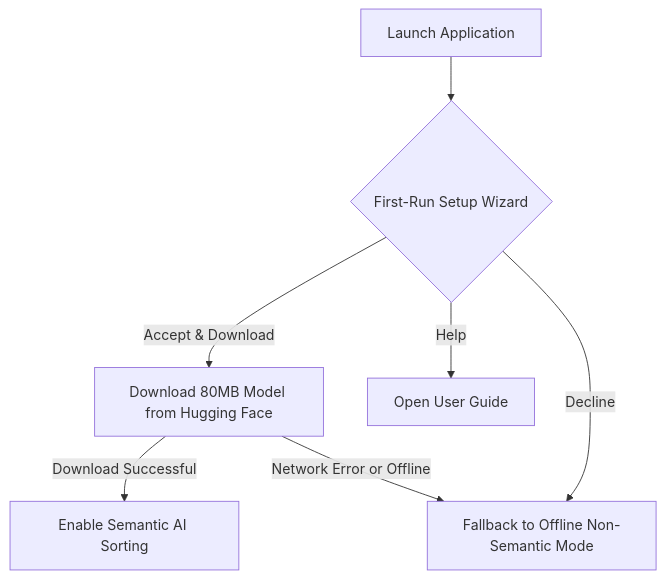
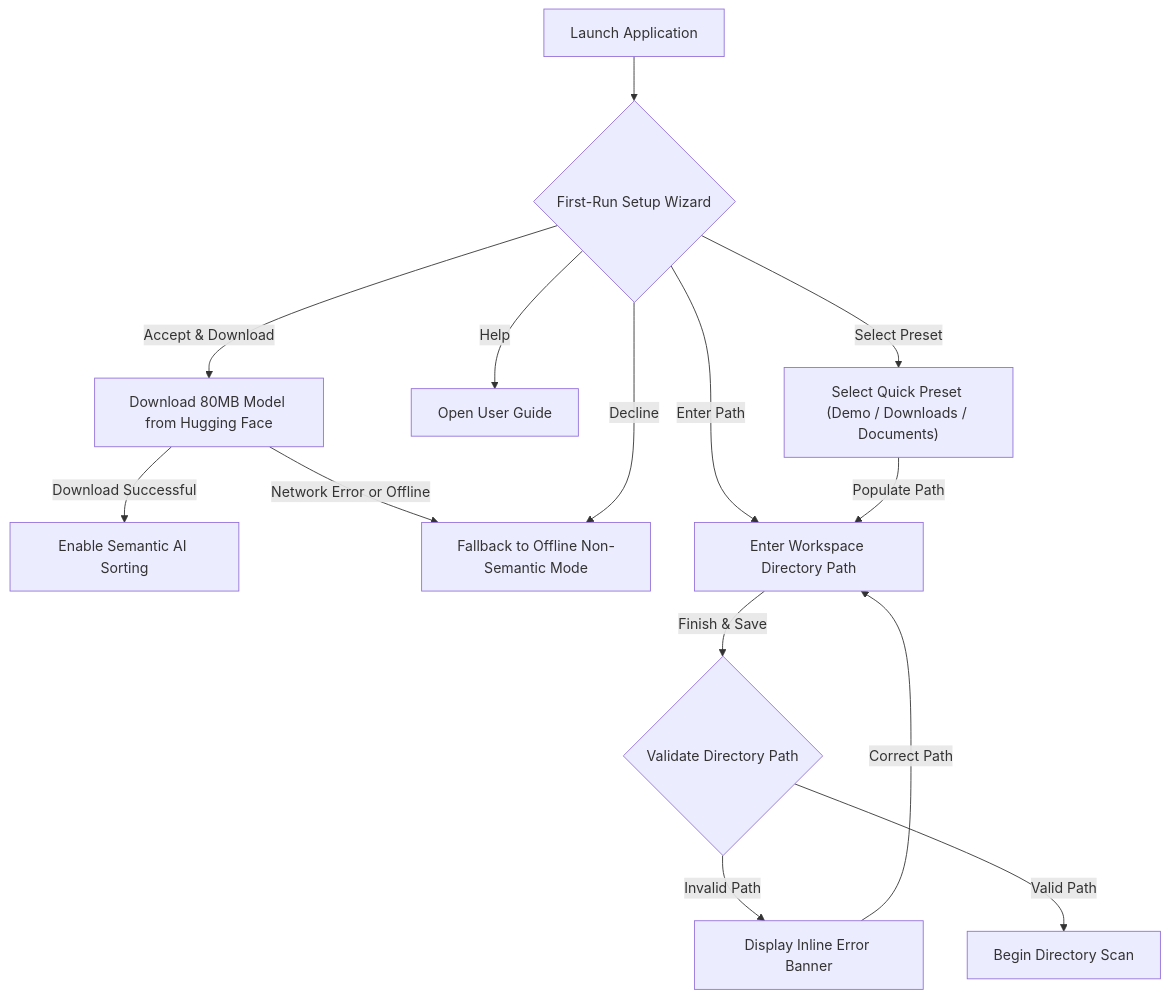
The diagram in docs/assets/diagrams/user_guide_setup_wizard.mmd (fderuiter/sortify), drawn with Mermaid before and after one commit. The commit also changed 3 other files, not shown here.

Commit message:
docs: align user guide and setup wizard diagram with runtime workspace selector

```diff
--- a/docs/assets/diagrams/user_guide_setup_wizard.mmd
+++ b/docs/assets/diagrams/user_guide_setup_wizard.mmd
@@ -1,19 +1,36 @@
 flowchart TD
     A["Launch Application"]
     B{First-Run Setup Wizard}
     C["Download 80MB Model from Hugging Face"]
     D["Enable Semantic AI Sorting"]
     E["Fallback to Offline Non-Semantic Mode"]
     F["Open User Guide"]
+    G["Enter Workspace Directory Path"]
+    H["Select Quick Preset (Demo / Downloads / Documents)"]
+    I{Validate Directory Path}
+    J["Display Inline Error Banner"]
+    K["Begin Directory Scan"]
     A --> B
     B -->|Accept & Download| C
     C -->|Download Successful| D
     C -->|Network Error or Offline| E
     B -->|Decline| E
     B -->|Help| F
+    B -->|Enter Path| G
+    B -->|Select Preset| H
+    H -->|Populate Path| G
+    G -->|Finish & Save| I
+    I -->|Invalid Path| J
+    J -->|Correct Path| G
+    I -->|Valid Path| K
     click A "#first-run-steps--setup-wizard" "Launch Application Step"
     click B "#first-run-steps--setup-wizard" "First-Run Setup Wizard"
     click C "https://huggingface.co" "Hugging Face Model Download" _blank
     click D "#privacy-configurations" "Privacy & Semantic AI Settings"
     click E "#offline-non-semantic-mode" "Offline Mode Information"
     click F "#first-run-steps--setup-wizard" "User Guide Reference"
+    click G "#first-run-steps--setup-wizard" "Workspace Directory Input Field (#input-dir)"
+    click H "#first-run-steps--setup-wizard" "Quick Preset Buttons"
+    click I "#first-run-steps--setup-wizard" "Directory Path Validation"
+    click J "#first-run-steps--setup-wizard" "Inline Error Banner (#lbl-error)"
+    click K "#first-run-steps--setup-wizard" "Scan and Organize Workspace"
```
